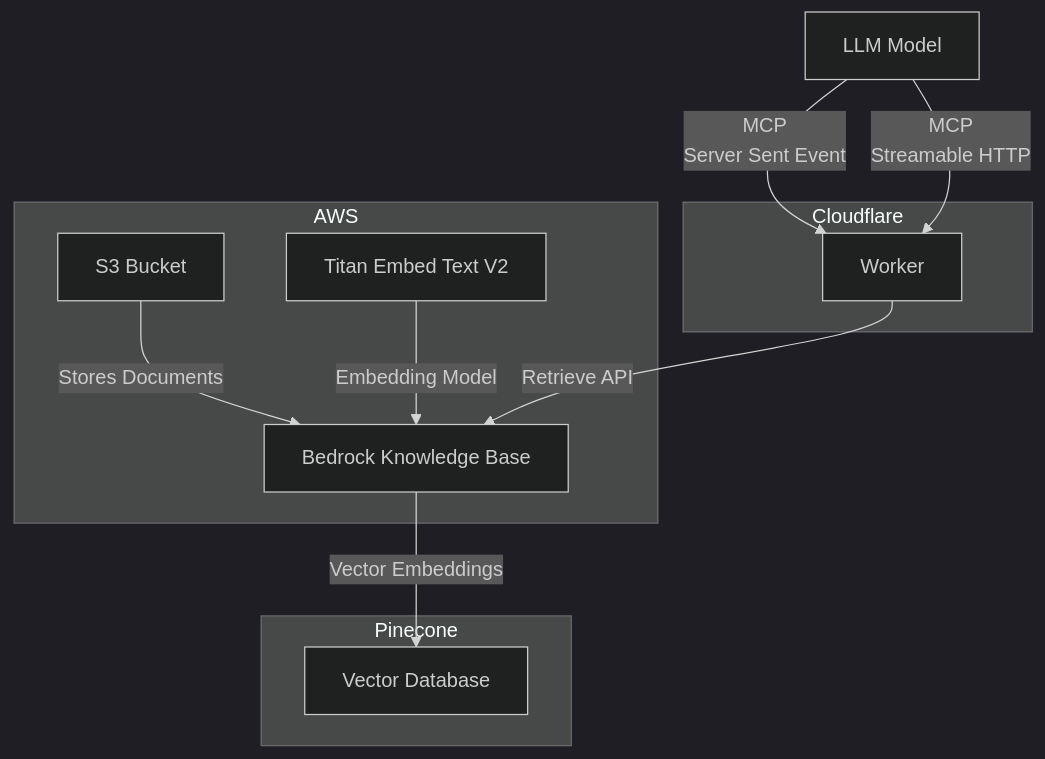
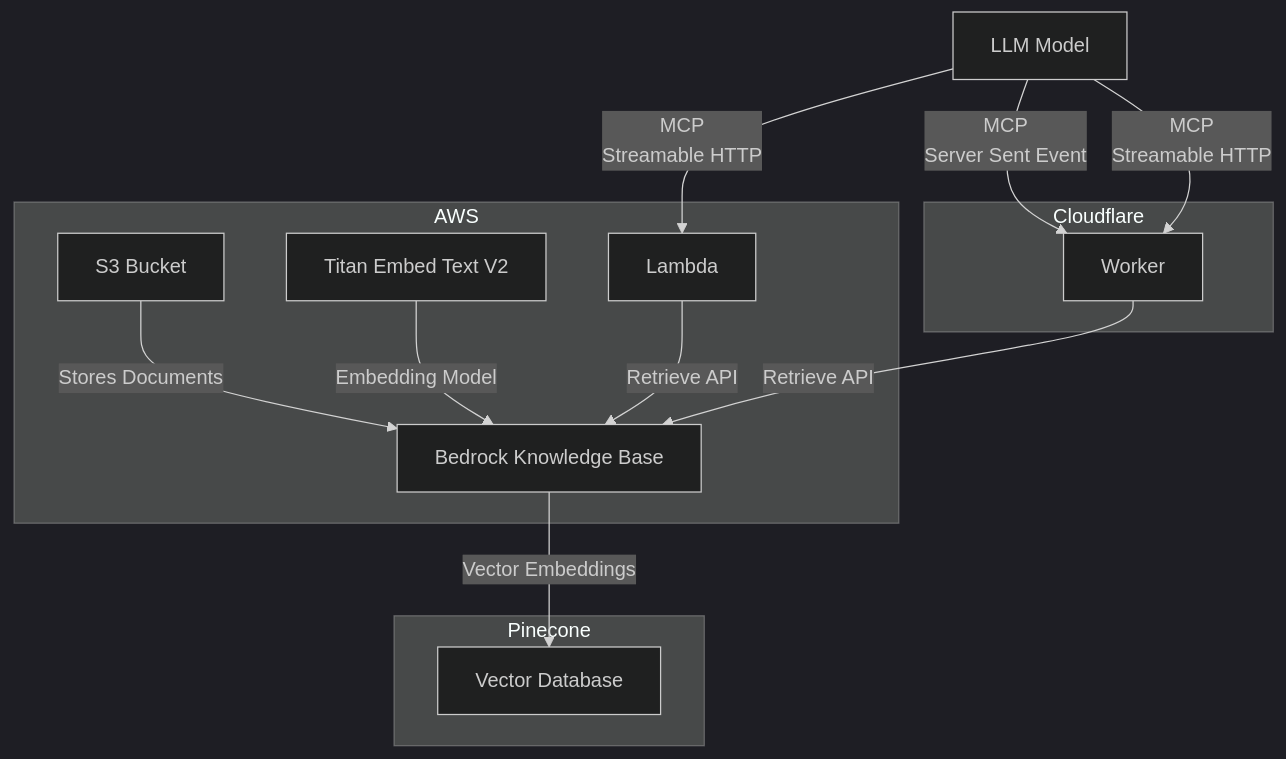
Before and after one commit to daohoangson/aws-knowledge-base-mcp-server: the diagram in README.md, drawn with Mermaid (dark theme). The commit also changed other lines of this file and 7 other files, not shown here.

Commit message:
Implement Streamable HTTP MCP server with Lambda function URL (#2)

````diff
--- a/README.md
+++ b/README.md
@@ -62,18 +63,20 @@
 ```mermaid
 graph TD
   subgraph AWS
     S3[S3 Bucket] -->|Stores Documents| KnowledgeBase
     TitanModel[Titan Embed Text V2] -->|Embedding Model| KnowledgeBase
+    Lambda -->|Retrieve API| KnowledgeBase
   end
 
   subgraph Pinecone
     KnowledgeBase[Bedrock Knowledge Base] -->|Vector Embeddings| PineconeDb[Vector Database]
   end
 
   subgraph Cloudflare
     Worker -->|Retrieve API| KnowledgeBase
   end
 
-  LLM[LLM Model] -->|MCP<br />Server Sent Event| Worker
+  LLM[LLM Model] -->|MCP<br />Streamable HTTP| Lambda
+  LLM -->|MCP<br />Server Sent Event| Worker
   LLM -->|MCP<br />Streamable HTTP| Worker
 ```
````
